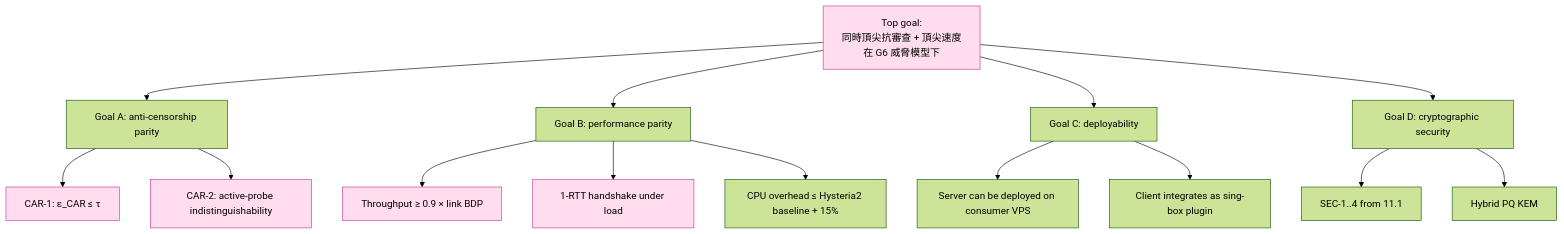
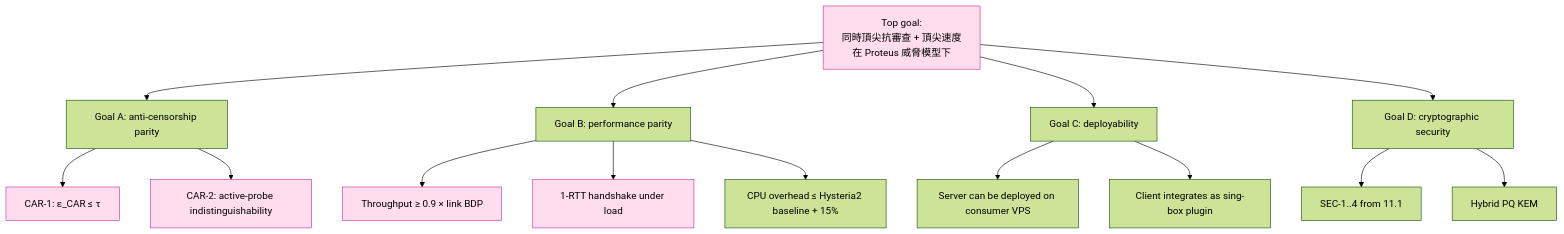
Before and after one commit to Icarus603/network-from-scratch: the diagram in lessons/part-11-design/11.2-goals-non-goals.md, drawn with Mermaid (forest theme). The commit also changed other lines of this file and 300 other files, not shown here.

````diff
--- a/lessons/part-11-design/11.2-goals-non-goals.md
+++ b/lessons/part-11-design/11.2-goals-non-goals.md
@@ -33,21 +33,21 @@
 ```mermaid
 flowchart TD
-  T1["Top goal:<br/>同時頂尖抗審查 + 頂尖速度<br/>在 G6 威脅模型下"]
+  T1["Top goal:<br/>同時頂尖抗審查 + 頂尖速度<br/>在 Proteus 威脅模型下"]
   T1 --> G1[Goal A: anti-censorship parity]
   T1 --> G2[Goal B: performance parity]
   T1 --> G3[Goal C: deployability]
   T1 --> G4[Goal D: cryptographic security]
 
   G1 --> M1[CAR-1: ε_CAR ≤ τ]
   G1 --> M2[CAR-2: active-probe indistinguishability]
   G2 --> M3[Throughput ≥ 0.9 × link BDP]
   G2 --> M4[1-RTT handshake under load]
   G2 --> M5[CPU overhead ≤ Hysteria2 baseline + 15%]
   G3 --> M6[Server can be deployed on consumer VPS]
   G3 --> M7[Client integrates as sing-box plugin]
   G4 --> M8[SEC-1..4 from 11.1]
   G4 --> M9[Hybrid PQ KEM]
 
   classDef ours fill:#fde,stroke:#c39
   class T1,M1,M2,M3,M4 ours
 ```
````
